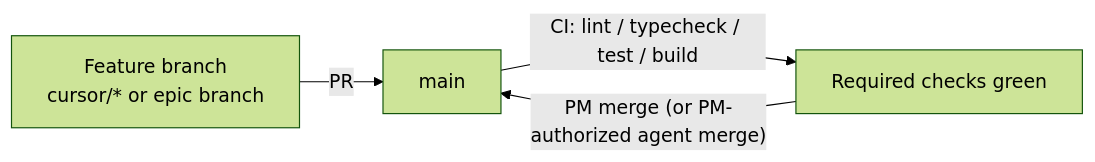
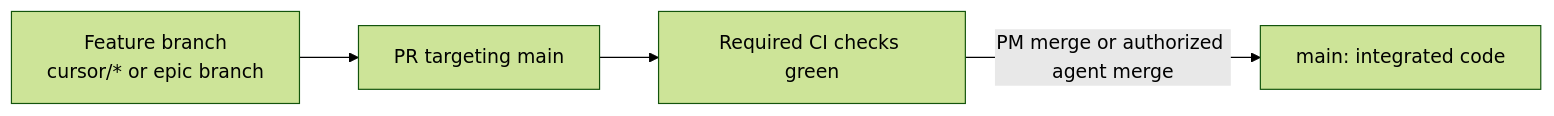
Before and after one commit to sonny303/mintedpanel: the fifth of 11 diagrams in docs/ops/environment-architecture.md, drawn with Mermaid (forest theme). The commit also changed other lines of this file and 5 other files, not shown here.

````diff
--- a/docs/ops/environment-architecture.md
+++ b/docs/ops/environment-architecture.md
@@ -181,6 +187,6 @@
 ```mermaid
 flowchart LR
-  DEV["Feature branch<br/>cursor/* or epic branch"] -->|"PR"| MAIN["main"]
-  MAIN -->|"CI: lint / typecheck / test / build"| GREEN["Required checks green"]
-  GREEN -->|"PM merge (or PM-authorized agent merge)"| MAIN
+  DEV["Feature branch<br/>cursor/* or epic branch"] --> PR["PR targeting main"]
+  PR --> GREEN["Required CI checks green"]
+  GREEN -->|"PM merge or authorized agent merge"| MAIN["main: integrated code"]
 ```
````
